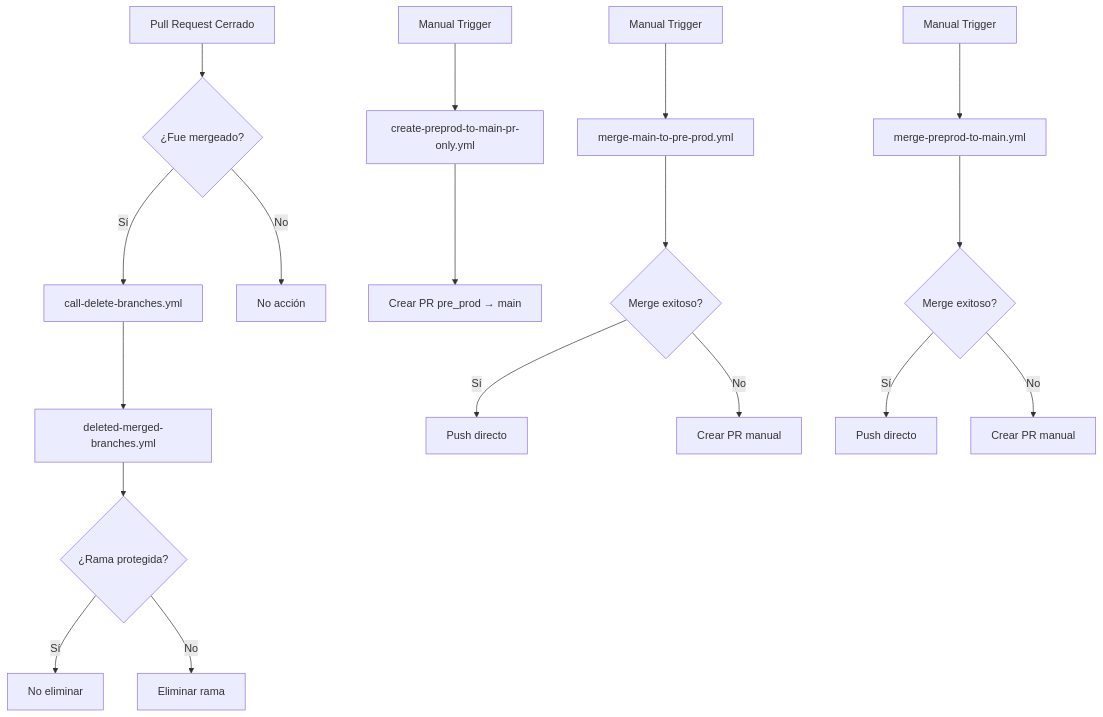
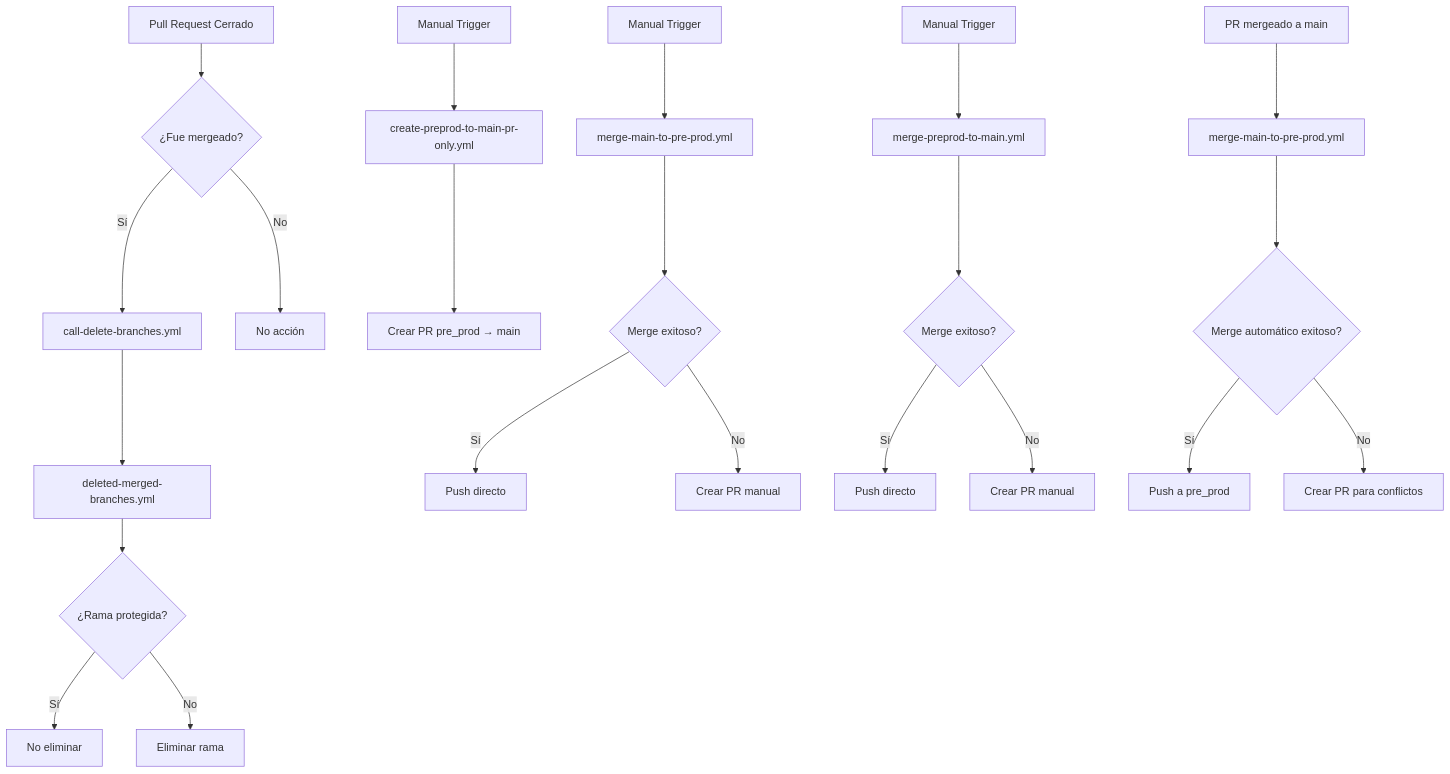
The diagram in README.md (futbolemotion/.github), drawn with Mermaid before and after one commit. The commit also changed other lines of this file, not shown here.

````diff
--- a/README.md
+++ b/README.md
@@ -46,24 +47,29 @@
 ```mermaid
 graph TD
     A[Pull Request Cerrado] --> B{¿Fue mergeado?}
     B -->|Sí| C[call-delete-branches.yml]
     B -->|No| D[No acción]
     
     C --> E[deleted-merged-branches.yml]
     E --> F{¿Rama protegida?}
     F -->|Sí| G[No eliminar]
     F -->|No| H[Eliminar rama]
     
     I[Manual Trigger] --> J[create-preprod-to-main-pr-only.yml]
     J --> K[Crear PR pre_prod → main]
     
     L[Manual Trigger] --> M[merge-main-to-pre-prod.yml]
     M --> N{Merge exitoso?}
     N -->|Sí| O[Push directo]
     N -->|No| P[Crear PR manual]
     
     Q[Manual Trigger] --> R[merge-preprod-to-main.yml]
     R --> S{Merge exitoso?}
     S -->|Sí| T[Push directo]
     S -->|No| U[Crear PR manual]
+    
+    V[PR mergeado a main] --> W[merge-main-to-pre-prod.yml]
+    W --> X{Merge automático exitoso?}
+    X -->|Sí| Y[Push a pre_prod]
+    X -->|No| Z[Crear PR para conflictos]
 ```
````
